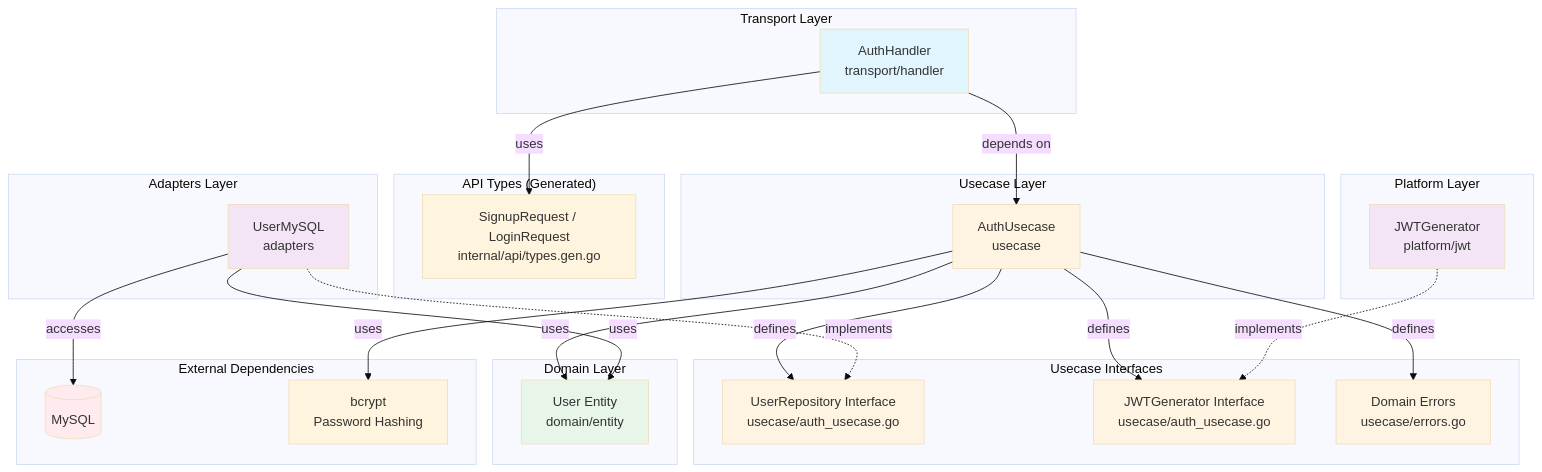
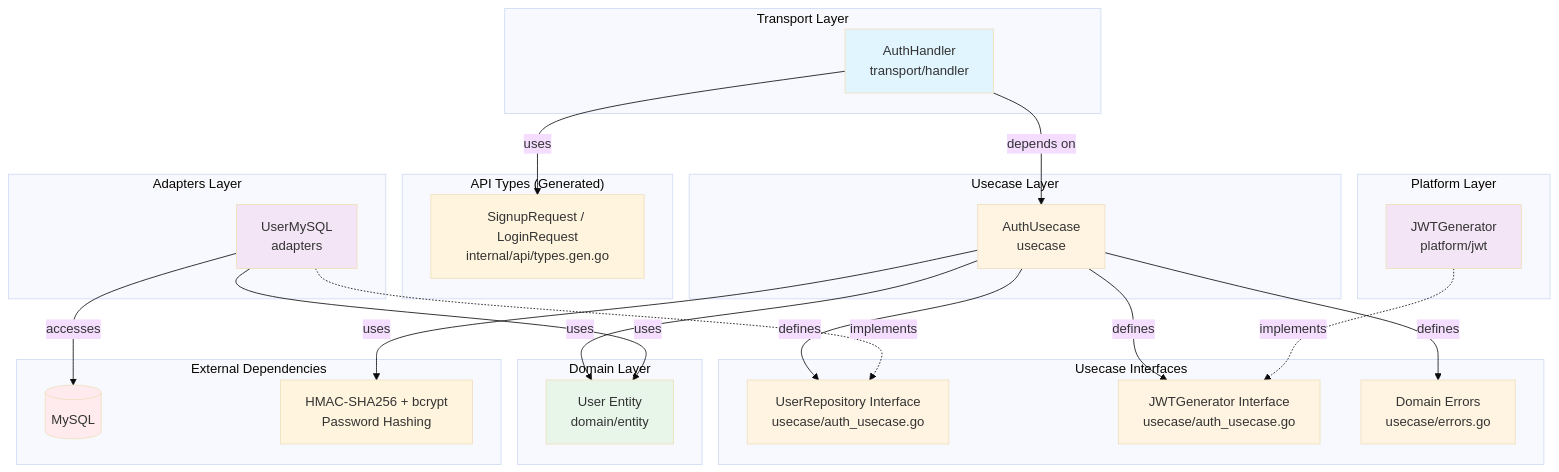
The third of 3 diagrams in internal/feature/auth/README.md (UCHIDAnobuhiro/stock_backend), drawn with Mermaid (base theme) before and after one commit. The commit also changed other lines of this file and 4 other files, not shown here.

````diff
--- a/internal/feature/auth/README.md
+++ b/internal/feature/auth/README.md
@@ -183,59 +183,59 @@
 ```mermaid
 graph TB
     subgraph "Transport Layer"
         Handler[AuthHandler<br/>transport/handler]
     end
 
     subgraph "API Types (Generated)"
         APITypes[SignupRequest / LoginRequest<br/>internal/api/types.gen.go]
     end
 
     subgraph "Usecase Layer"
         Usecase[AuthUsecase<br/>usecase]
     end
 
     subgraph "Domain Layer"
         Entity[User Entity<br/>domain/entity]
     end
 
     subgraph "Usecase Interfaces"
         RepoInterface[UserRepository Interface<br/>usecase/auth_usecase.go]
         JWTInterface[JWTGenerator Interface<br/>usecase/auth_usecase.go]
         Errors[Domain Errors<br/>usecase/errors.go]
     end
 
     subgraph "Adapters Layer"
         RepoImpl[UserMySQL<br/>adapters]
     end
 
     subgraph "Platform Layer"
         JWTImpl[JWTGenerator<br/>platform/jwt]
     end
 
     subgraph "External Dependencies"
         DB[(MySQL)]
-        BCrypt[bcrypt<br/>Password Hashing]
+        BCrypt[HMAC-SHA256 + bcrypt<br/>Password Hashing]
     end
 
     Handler -->|depends on| Usecase
     Handler -->|uses| APITypes
     Usecase -->|defines| RepoInterface
     Usecase -->|defines| JWTInterface
     Usecase -->|defines| Errors
     Usecase -->|uses| Entity
     Usecase -->|uses| BCrypt
     RepoImpl -.->|implements| RepoInterface
     RepoImpl -->|uses| Entity
     RepoImpl -->|accesses| DB
     JWTImpl -.->|implements| JWTInterface
 
     style Handler fill:#e1f5ff
     style Usecase fill:#fff4e1
     style Entity fill:#e8f5e9
     style RepoInterface fill:#fff4e1
     style JWTInterface fill:#fff4e1
     style Errors fill:#fff4e1
     style RepoImpl fill:#f3e5f5
     style JWTImpl fill:#f3e5f5
     style DB fill:#ffebee
 ```
````
